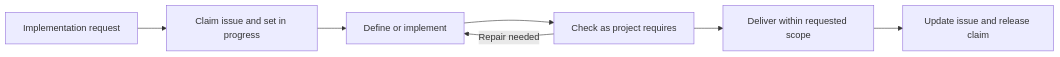
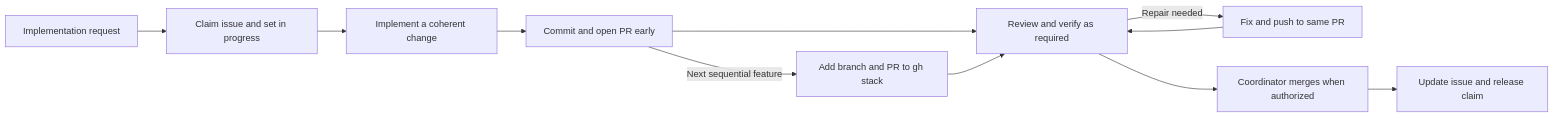
The second of 2 diagrams in README.md (ebarti/devflow), drawn with Mermaid before and after one commit. The commit also changed other lines of this file and 24 other files, not shown here.

Commit message:
fix(workflow): publish PRs early and stack sequential changes

````diff
--- a/README.md
+++ b/README.md
@@ -89,9 +95,13 @@
 ```mermaid
 flowchart LR
     Request[Implementation request] --> Claim[Claim issue and set in progress]
-    Claim --> Work[Define or implement]
-    Work --> Check[Check as project requires]
-    Check -->|Repair needed| Work
-    Check --> Deliver[Deliver within requested scope]
-    Deliver --> Record[Update issue and release claim]
+    Claim --> Work[Implement a coherent change]
+    Work --> PR[Commit and open PR early]
+    PR --> Check[Review and verify as required]
+    Check -->|Repair needed| Fix[Fix and push to same PR]
+    Fix --> Check
+    PR -->|Next sequential feature| Stack[Add branch and PR to gh stack]
+    Stack --> Check
+    Check --> Merge[Coordinator merges when authorized]
+    Merge --> Record[Update issue and release claim]
 ```
````
